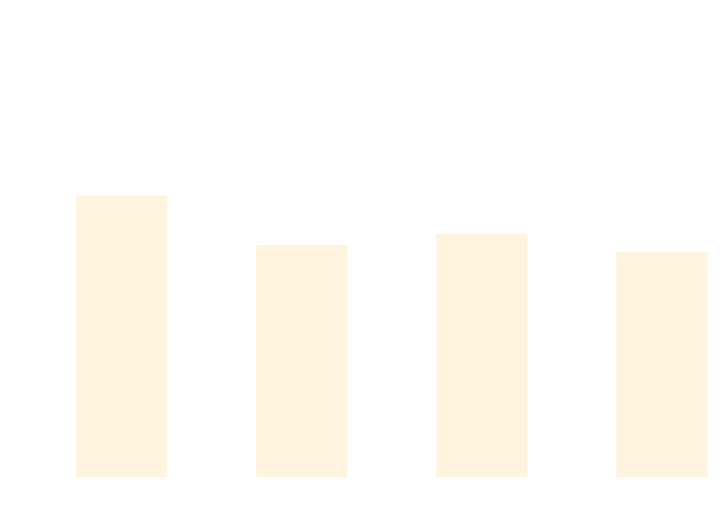
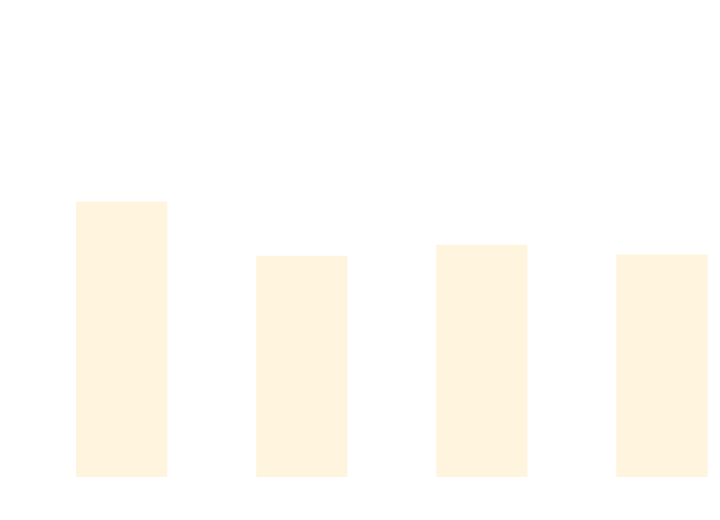
One commit to thomhurst/TUnit changed the diagram in docs/docs/benchmarks/BuildTime.md. Above: the diagram before and after it, drawn with Mermaid. The commit also changed other lines of this file and 17 other files, not shown here.

````diff
--- a/docs/docs/benchmarks/BuildTime.md
+++ b/docs/docs/benchmarks/BuildTime.md
@@ -28,37 +28,37 @@
 ```mermaid
 %%{init: {
   'theme':'base',
   'themeVariables': {
     'primaryColor': '#2563eb',
     'primaryTextColor': '#ffffff',
     'primaryBorderColor': '#1e40af',
     'lineColor': '#6b7280',
     'secondaryColor': '#7c3aed',
     'tertiaryColor': '#dc2626',
     'background': '#ffffff',
     'mainBkg': '#2563eb',
     'secondBkg': '#7c3aed',
     'tertiaryBkg': '#dc2626',
     'clusterBkg': '#f3f4f6',
     'edgeLabelBackground': '#ffffff',
     'tertiaryTextColor': '#1f2937',
     'pie1': '#2563eb',
     'pie2': '#7c3aed',
     'pie3': '#dc2626',
     'pie4': '#f59e0b',
     'pie5': '#10b981',
     'pie6': '#06b6d4',
     'pie7': '#ec4899',
     'pie8': '#6366f1',
     'pie9': '#84cc16',
     'pie10': '#f97316',
     'pie11': '#14b8a6',
     'pie12': '#a855f7'
   }
 }}%%
 xychart-beta
   title "Build Time Comparison"
   x-axis ["Build_TUnit", "Build_NUnit", "Build_MSTest", "Build_xUnit3"]
   y-axis "Time (s)" 0 --> 3
-  bar [2.006, 1.641, 1.725, 1.591]
+  bar [1.961, 1.564, 1.645, 1.574]
 ```
````
